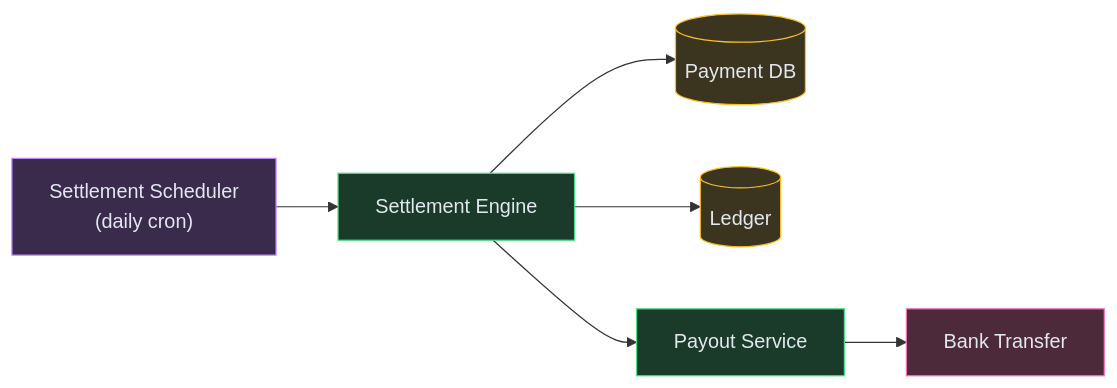
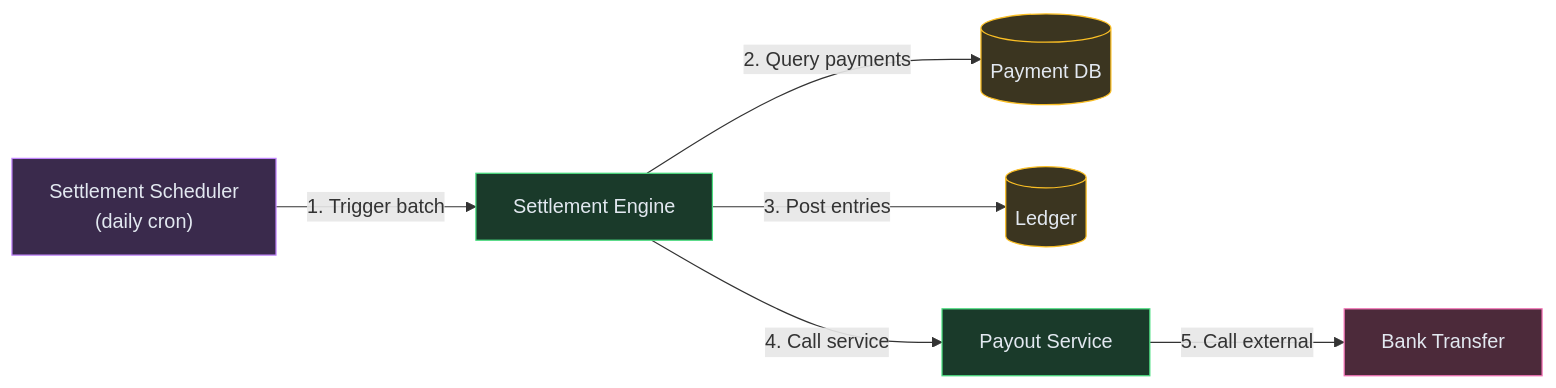
One commit to iluzn/HLD-Designs changed the fourth of 6 diagrams in content/hld/PaymentSystem.md. Above: the diagram before and after it, drawn with Mermaid. The commit also changed other lines of this file and 27 other files, not shown here.

````diff
--- a/content/hld/PaymentSystem.md
+++ b/content/hld/PaymentSystem.md
@@ -247,20 +247,20 @@
 ```mermaid
 flowchart LR
     SCHEDULER["Settlement Scheduler<br/>(daily cron)"]:::async
     DB[("Payment DB")]:::data
     SETTLE["Settlement Engine"]:::service
     LEDGER[("Ledger")]:::data
     PAYOUT["Payout Service"]:::service
     BANK["Bank Transfer"]:::external
 
-    SCHEDULER --> SETTLE
-    SETTLE --> DB
-    SETTLE --> LEDGER
-    SETTLE --> PAYOUT
-    PAYOUT --> BANK
+    SCHEDULER -->|"1. Trigger batch"| SETTLE
+    SETTLE -->|"2. Query payments"| DB
+    SETTLE -->|"3. Post entries"| LEDGER
+    SETTLE -->|"4. Call service"| PAYOUT
+    PAYOUT -->|"5. Call external"| BANK
 
     classDef service fill:#1a3a2a,stroke:#4ade80,color:#e2e8f0
     classDef data fill:#3b3520,stroke:#fbbf24,color:#e2e8f0
     classDef async fill:#3a2a4c,stroke:#c084fc,color:#e2e8f0
     classDef external fill:#4c2a3a,stroke:#f472b6,color:#e2e8f0
 ```
````
